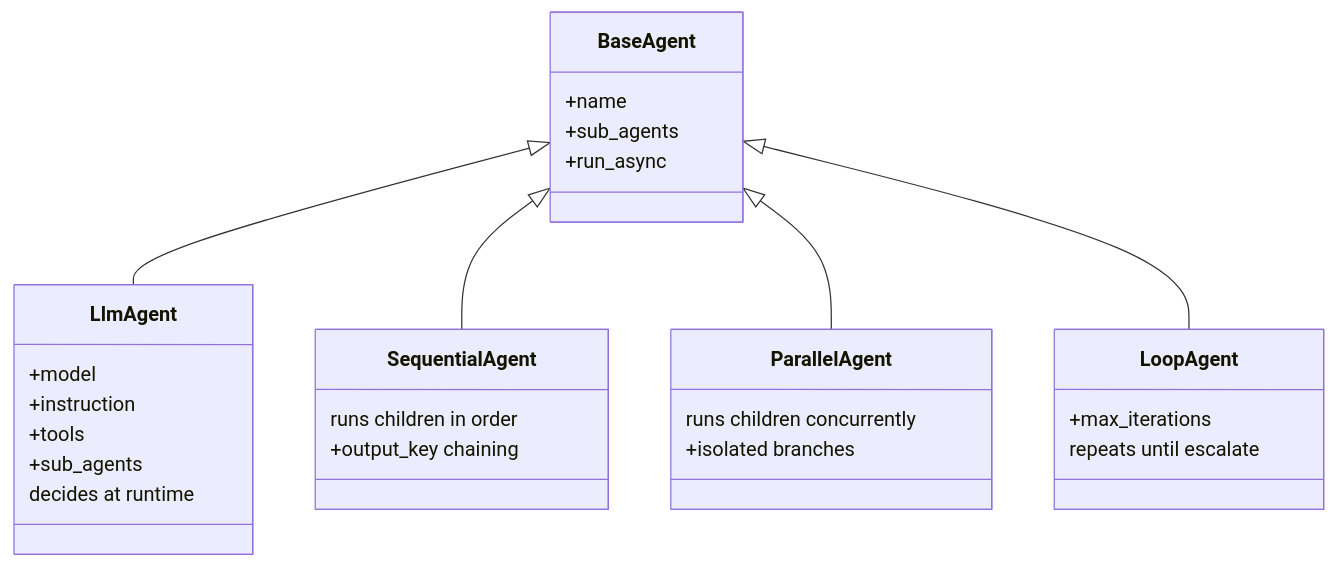
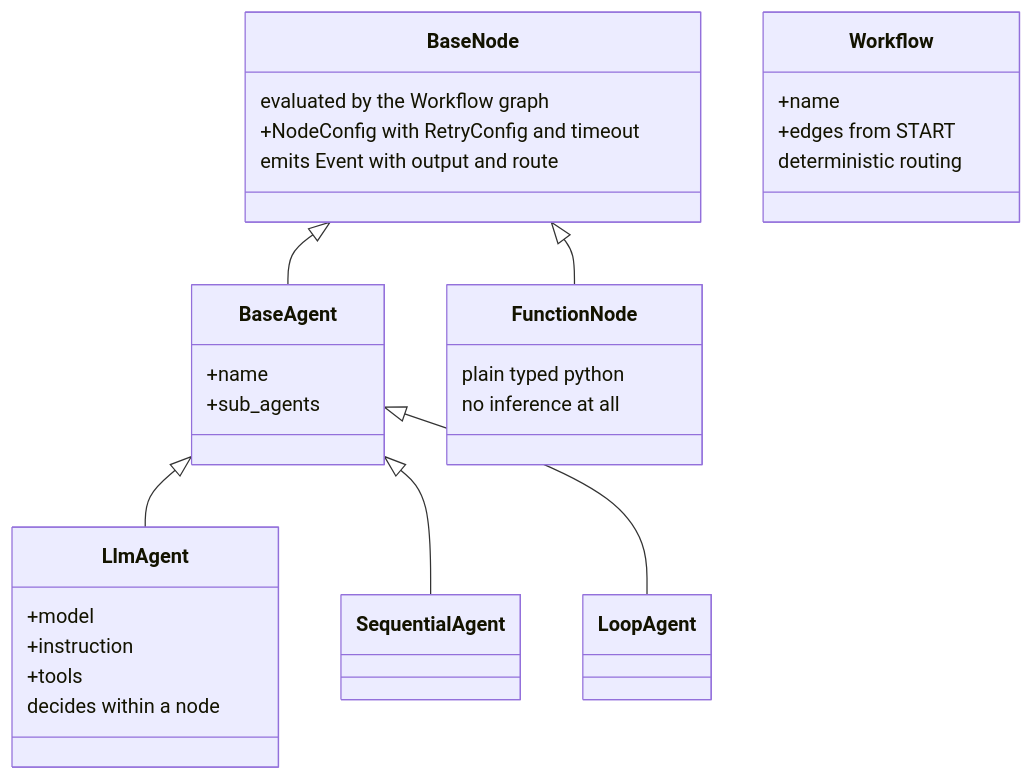
One commit to JuanLara18/portfolio changed the second of 4 diagrams in front/public/blog/posts/field-notes/adk-advanced-evolution-of-agent-engineering.md. Above: the diagram before and after it, drawn with Mermaid. The commit also changed other lines of this file and 2 other files, not shown here.

````diff
--- a/front/public/blog/posts/field-notes/adk-advanced-evolution-of-agent-engineering.md
+++ b/front/public/blog/posts/field-notes/adk-advanced-evolution-of-agent-engineering.md
@@ -116,31 +146,32 @@
 ```mermaid
 classDiagram
+    BaseNode <|-- BaseAgent
+    BaseNode <|-- FunctionNode
     BaseAgent <|-- LlmAgent
     BaseAgent <|-- SequentialAgent
-    BaseAgent <|-- ParallelAgent
     BaseAgent <|-- LoopAgent
+    class BaseNode {
+        evaluated by the Workflow graph
+        +NodeConfig with RetryConfig and timeout
+        emits Event with output and route
+    }
+    class Workflow {
+        +name
+        +edges from START
+        deterministic routing
+    }
     class BaseAgent {
         +name
         +sub_agents
-        +run_async
     }
     class LlmAgent {
         +model
         +instruction
         +tools
-        +sub_agents
-        decides at runtime
+        decides within a node
     }
-    class SequentialAgent {
-        runs children in order
-        +output_key chaining
-    }
-    class ParallelAgent {
-        runs children concurrently
-        +isolated branches
-    }
-    class LoopAgent {
-        +max_iterations
-        repeats until escalate
+    class FunctionNode {
+        plain typed python
+        no inference at all
     }
 ```
````
